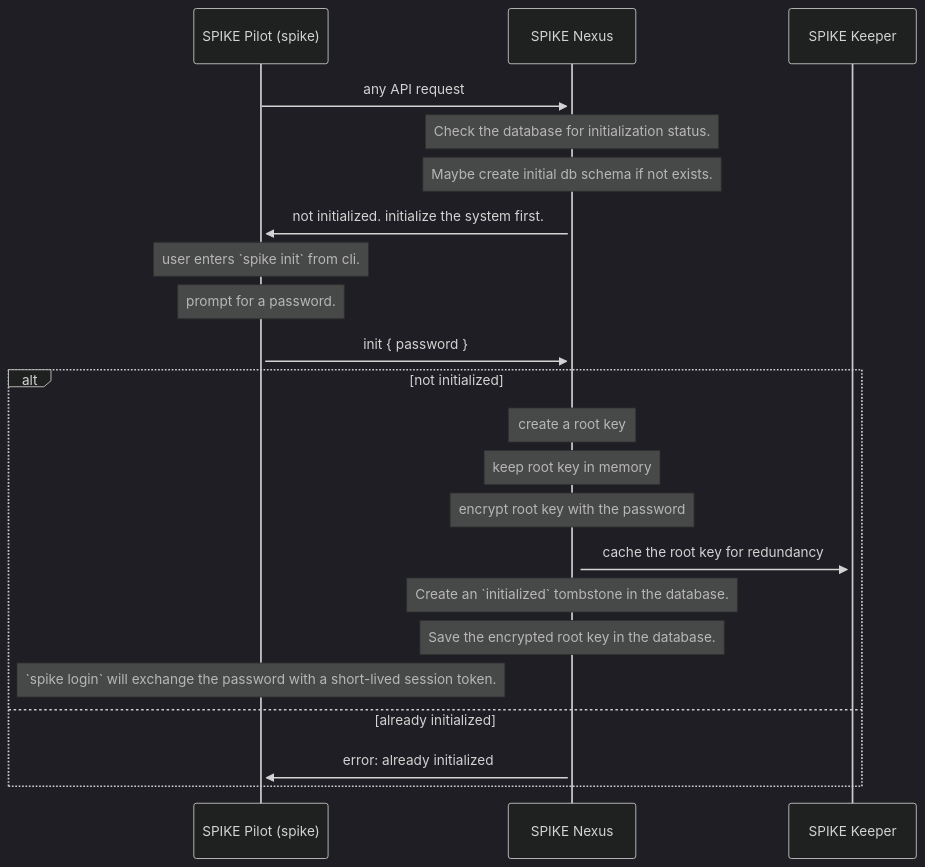
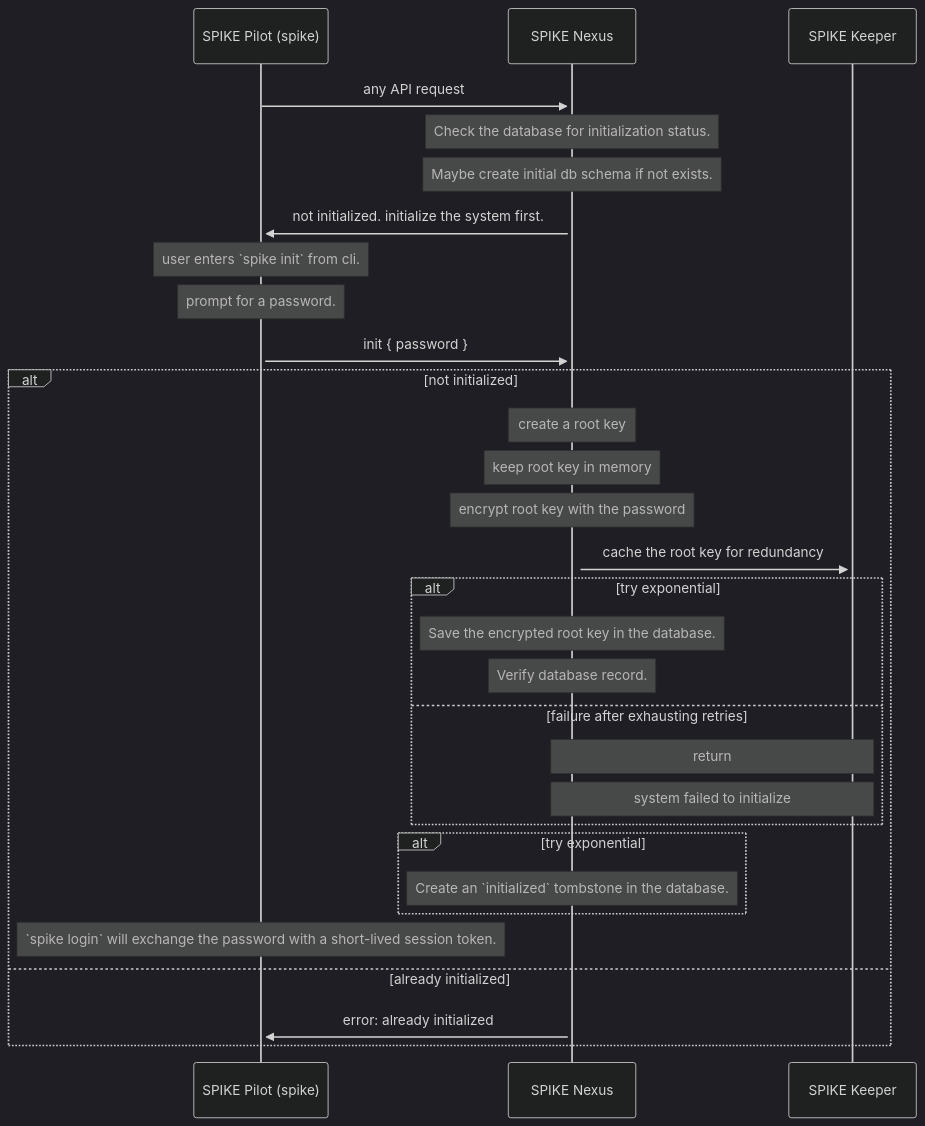
The second of 6 diagrams in ARCHITECTURE.md (zerotohero-dev/spike), drawn with Mermaid (dark theme) before and after one commit. The commit also changed other lines of this file and 1 other file, not shown here.

Commit message:
Update sequence diagrams Signed-off-by: Volkan Özçelik <me@volkan.io>

````diff
--- a/ARCHITECTURE.md
+++ b/ARCHITECTURE.md
@@ -233,34 +233,43 @@
 ```mermaid
 sequenceDiagram
     participant P as SPIKE Pilot (spike)
     participant N as SPIKE Nexus
     participant K as SPIKE Keeper
 
     P->>+N: any API request
 
     Note over N: Check the database for initialization status.
     Note over N: Maybe create initial db schema if not exists.
 
     N->>+P: not initialized. initialize the system first.
 
     Note over P: user enters `spike init` from cli.
 
     Note over P:  prompt for a password.
 
     P->>+N: init { password }
 
     alt not initialized
         Note over N: create a root key
         Note over N: keep root key in memory
         Note over N: encrypt root key with the password
 
         N->>+K: cache the root key for redundancy
 
-        Note over N: Create an `initialized` tombstone in the database.
-        Note over N: Save the encrypted root key in the database.
+        alt try exponential
+            Note over N: Save the encrypted root key in the database.
+            Note over N: Verify database record.
+        else failure after exhausting retries
+            Note over N,K: return
+            Note over N,K: system failed to initialize
+        end
+       
+        alt try exponential 
+            Note over N: Create an `initialized` tombstone in the database.
+        end
 
         Note over P: `spike login` will exchange the password with a short-lived session token.
     else already initialized
         N->>+P: error: already initialized
     end
 ```
````
